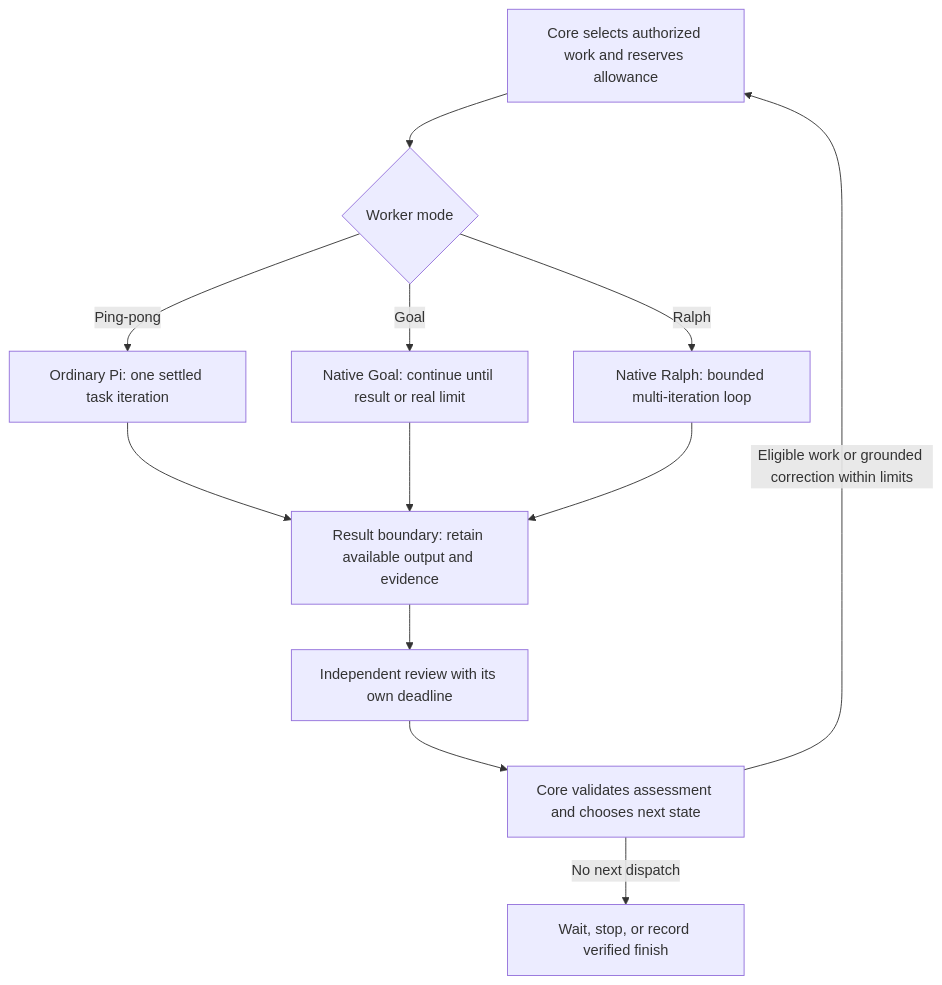
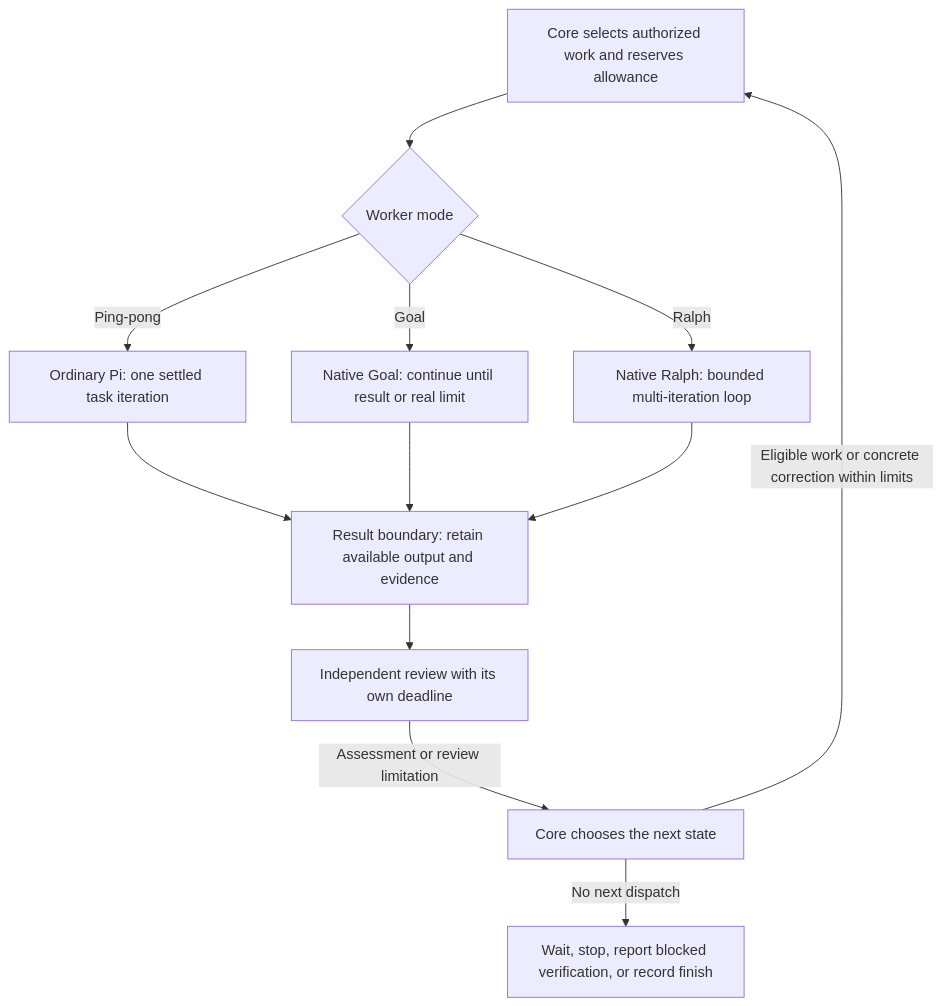
The second of 4 diagrams in docs/architecture-diagrams.md (SzpakLabs/pi-ping-pong), drawn with Mermaid before and after one commit. The commit also changed other lines of this file and 9 other files, not shown here.

````diff
--- a/docs/architecture-diagrams.md
+++ b/docs/architecture-diagrams.md
@@ -28,14 +28,14 @@
 ```mermaid
 flowchart TD
     Core["Core selects authorized work and reserves allowance"] --> Mode{"Worker mode"}
     Mode -->|Ping-pong| Ping["Ordinary Pi: one settled task iteration"]
     Mode -->|Goal| Goal["Native Goal: continue until result or real limit"]
     Mode -->|Ralph| Ralph["Native Ralph: bounded multi-iteration loop"]
     Ping --> Boundary["Result boundary: retain available output and evidence"]
     Goal --> Boundary
     Ralph --> Boundary
     Boundary --> Review["Independent review with its own deadline"]
-    Review --> Decision["Core validates assessment and chooses next state"]
-    Decision -->|Eligible work or grounded correction within limits| Core
-    Decision -->|No next dispatch| Outcome["Wait, stop, or record verified finish"]
+    Review -->|Assessment or review limitation| Decision["Core chooses the next state"]
+    Decision -->|Eligible work or concrete correction within limits| Core
+    Decision -->|No next dispatch| Outcome["Wait, stop, report blocked verification, or record finish"]
 ```
````
